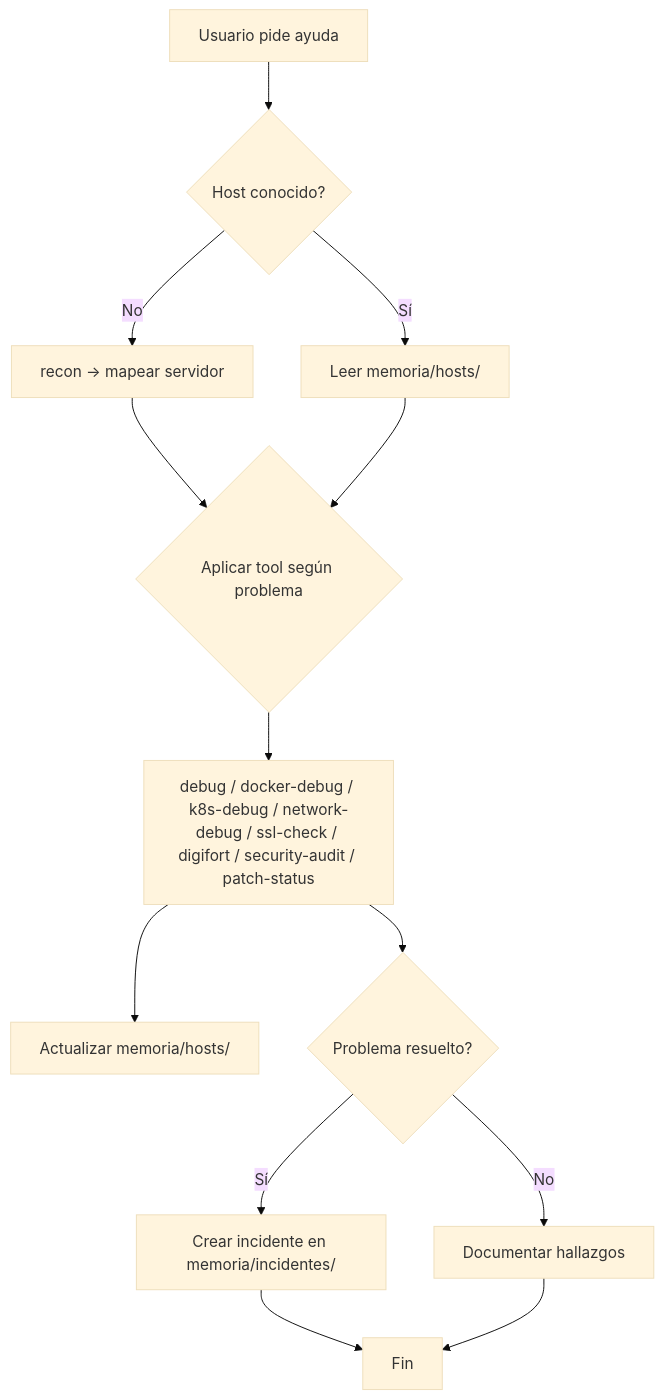
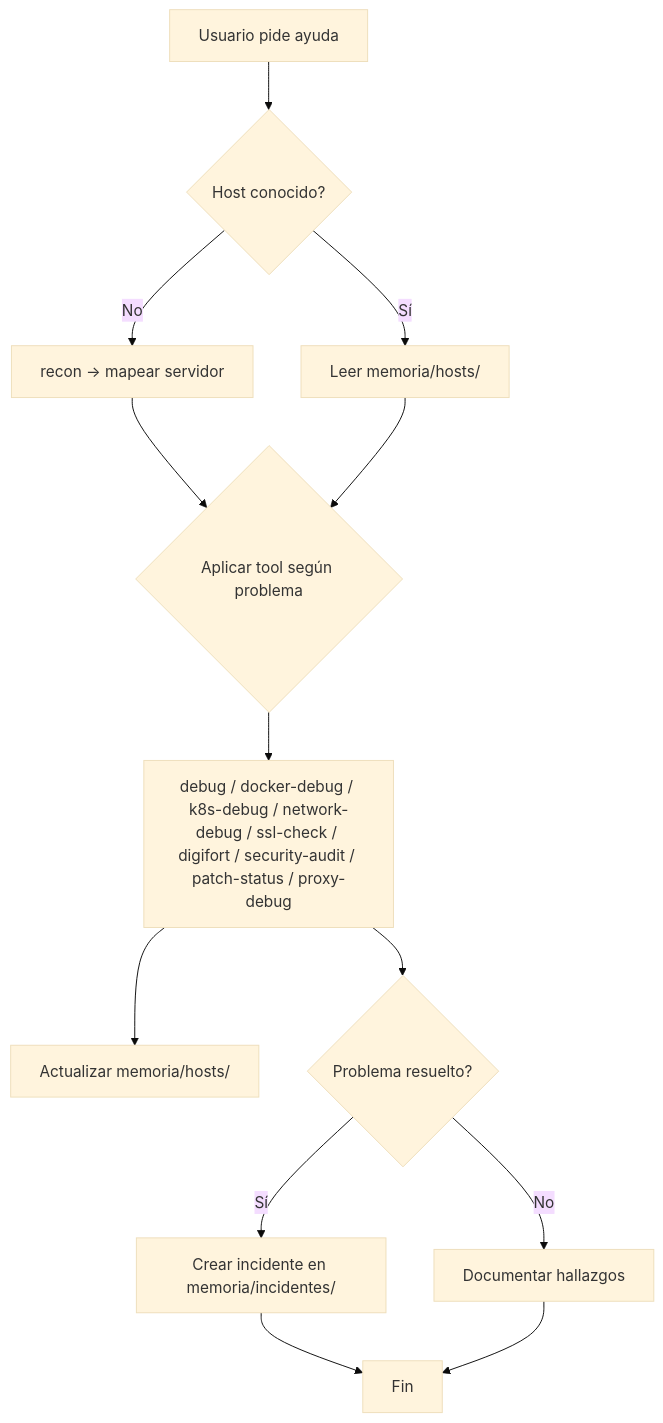
One commit to 4h1g4L0w4/Sysadmin-AI-Ecosystem changed the diagram in README.md. Above: the diagram before and after it, drawn with Mermaid (base theme). The commit also changed other lines of this file and 4 other files, not shown here.

Commit message:
Add proxy-debug tool

````diff
--- a/README.md
+++ b/README.md
@@ -282,15 +303,15 @@
 ```mermaid
 graph TD
     A[Usuario pide ayuda] --> B{Host conocido?}
     B -->|No| C[recon → mapear servidor]
     B -->|Sí| D[Leer memoria/hosts/]
     C --> E{Aplicar tool según problema}
     D --> E
-    E --> F[debug / docker-debug / k8s-debug / network-debug / ssl-check / digifort / security-audit / patch-status]
+    E --> F[debug / docker-debug / k8s-debug / network-debug / ssl-check / digifort / security-audit / patch-status / proxy-debug]
     F --> G[Actualizar memoria/hosts/]
     F --> H{Problema resuelto?}
     H -->|Sí| I[Crear incidente en memoria/incidentes/]
     H -->|No| J[Documentar hallazgos]
     I --> K[Fin]
     J --> K
 ```
````
